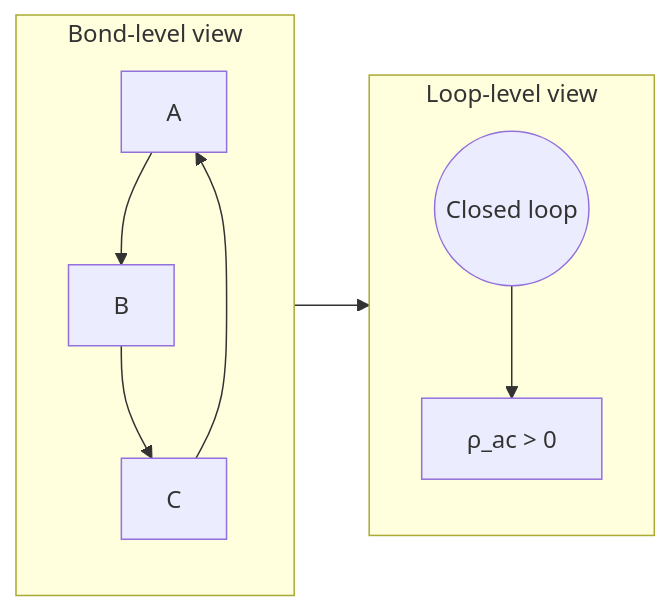
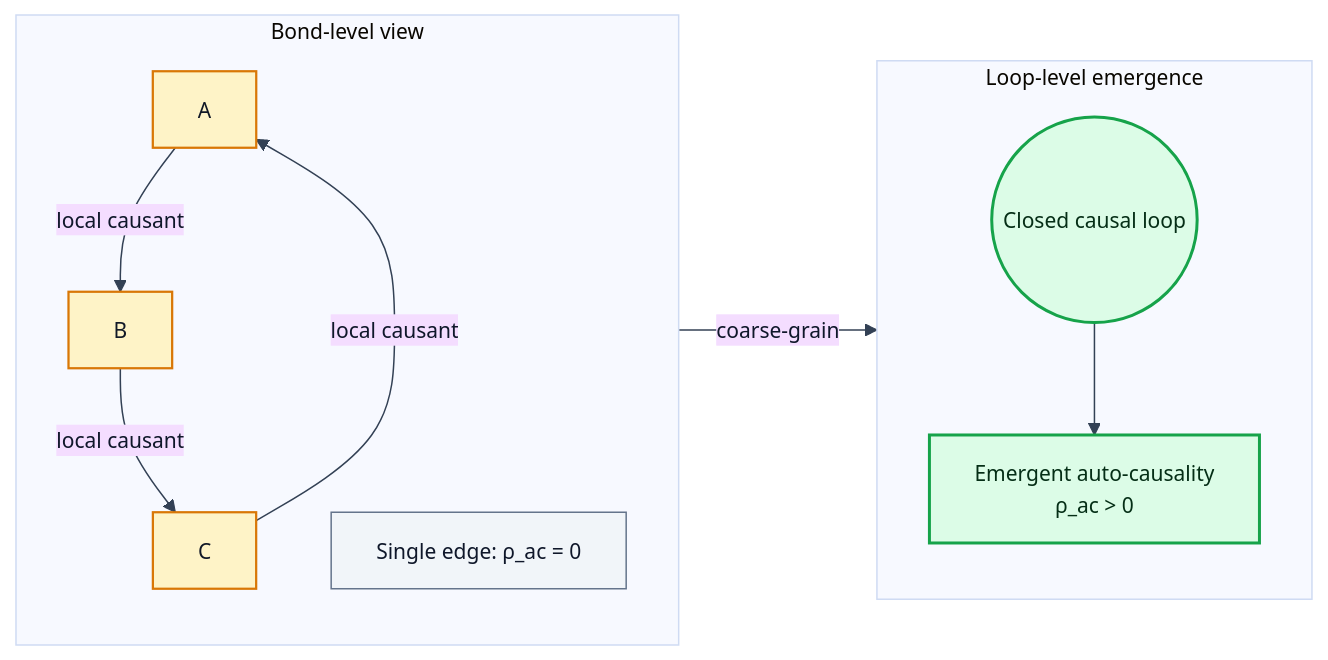
Before and after one commit to ianderrington/epiphysics: the second of 3 diagrams in docs/theory/01_5_causants.md, drawn with Mermaid. The commit also changed other lines of this file and 1 other file, not shown here.

Commit message:
improve causant mermaid diagrams with clearer structure and color semantics

````diff
--- a/docs/theory/01_5_causants.md
+++ b/docs/theory/01_5_causants.md
@@ -135,16 +145,29 @@
 ```mermaid
+%%{init: {'theme': 'base', 'themeVariables': { 'primaryTextColor': '#0F172A', 'lineColor': '#334155', 'fontSize': '14px'}}}%%
 flowchart LR
   subgraph Micro[Bond-level view]
-    A1[A] --> B1[B]
-    B1 --> C1[C]
-    C1 --> A1
+    A1[A]
+    B1[B]
+    C1[C]
+    A1 -->|local causant| B1
+    B1 -->|local causant| C1
+    C1 -->|local causant| A1
+    Z1["Single edge: ρ_ac = 0"]
   end
 
-  subgraph Macro[Loop-level view]
-    L((Closed loop))
-    RAC[ρ_ac > 0]
+  subgraph Macro[Loop-level emergence]
+    L((Closed causal loop))
+    RAC["Emergent auto-causality\nρ_ac > 0"]
     L --> RAC
   end
 
-  Micro --> Macro
+  Micro -->|coarse-grain| Macro
+
+  classDef micro fill:#FEF3C7,stroke:#D97706,stroke-width:1.5px,color:#111827;
+  classDef macro fill:#DCFCE7,stroke:#16A34A,stroke-width:2px,color:#052E16;
+  classDef note fill:#F1F5F9,stroke:#64748B,stroke-width:1px,color:#0F172A;
+
+  class A1,B1,C1 micro;
+  class L,RAC macro;
+  class Z1 note;
 ```
````
